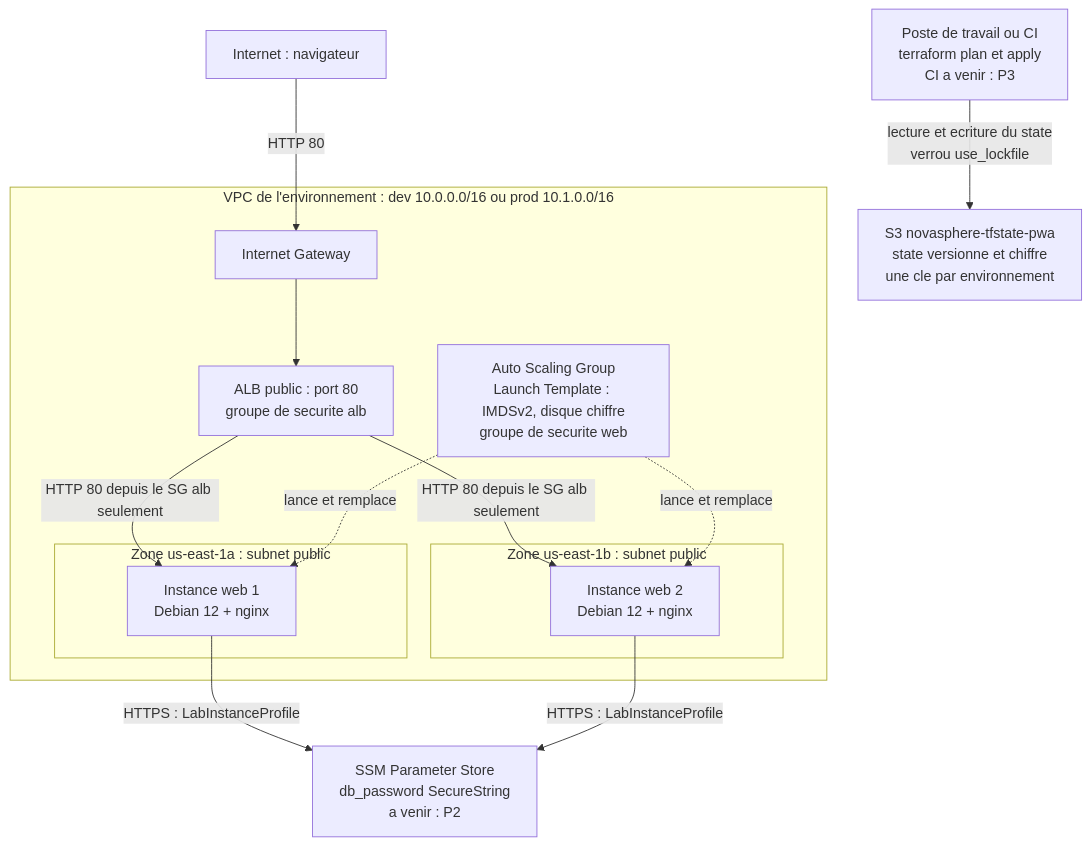
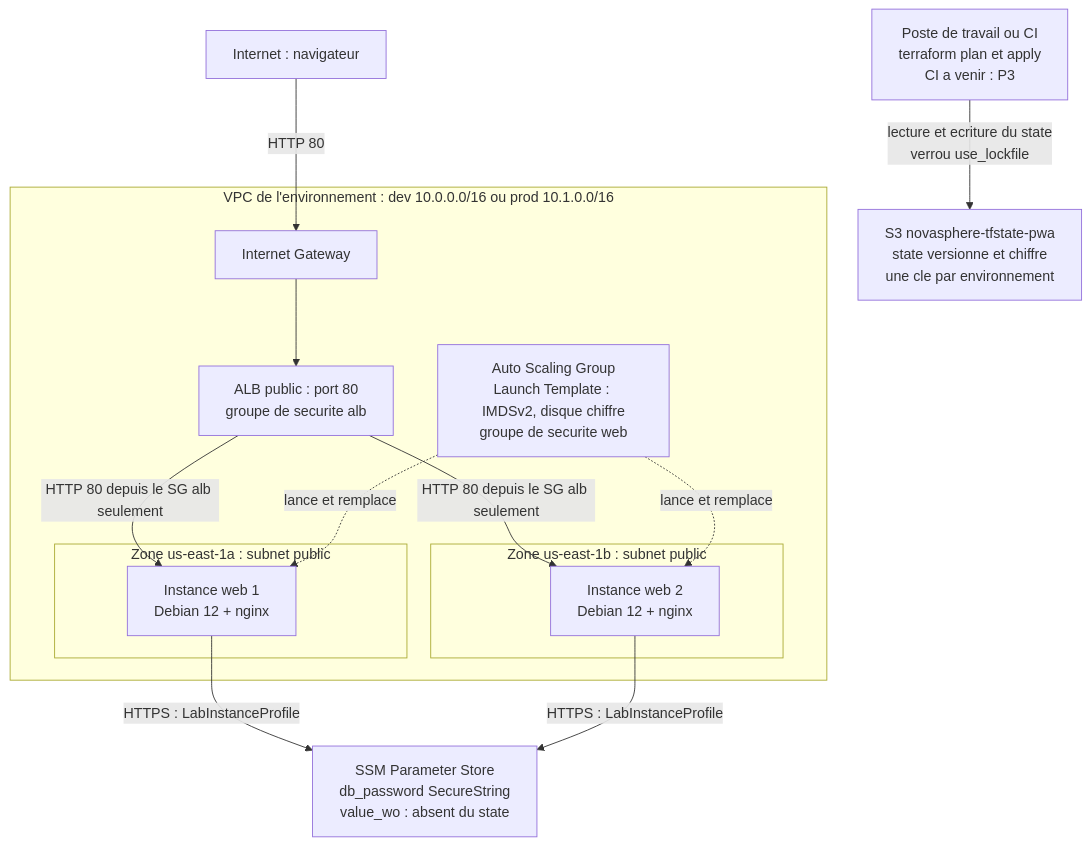
One commit to Pengchao020401/Terraform_projet_fil_rouge changed the diagram in ARCHITECTURE.md. Above: the diagram before and after it, drawn with Mermaid. The commit also changed other lines of this file and 16 other files, not shown here.

Commit message:
feat(securite): secret SSM value_wo, SECURITE.md, scans checkov et trivy, module v1.0.1

````diff
--- a/ARCHITECTURE.md
+++ b/ARCHITECTURE.md
@@ -23,33 +23,33 @@
 ```mermaid
 flowchart TB
     user["Internet : navigateur"]
 
     subgraph vpc["VPC de l'environnement : dev 10.0.0.0/16 ou prod 10.1.0.0/16"]
         igw["Internet Gateway"]
         alb["ALB public : port 80<br/>groupe de securite alb"]
 
         subgraph az1["Zone us-east-1a : subnet public"]
             ec2a["Instance web 1<br/>Debian 12 + nginx"]
         end
 
         subgraph az2["Zone us-east-1b : subnet public"]
             ec2b["Instance web 2<br/>Debian 12 + nginx"]
         end
 
         asg["Auto Scaling Group<br/>Launch Template : IMDSv2, disque chiffre<br/>groupe de securite web"]
     end
 
-    ssm["SSM Parameter Store<br/>db_password SecureString<br/>a venir : P2"]
+    ssm["SSM Parameter Store<br/>db_password SecureString<br/>value_wo : absent du state"]
     s3["S3 novasphere-tfstate-pwa<br/>state versionne et chiffre<br/>une cle par environnement"]
     dev["Poste de travail ou CI<br/>terraform plan et apply<br/>CI a venir : P3"]
 
     user -->|"HTTP 80"| igw
     igw --> alb
     alb -->|"HTTP 80 depuis le SG alb seulement"| ec2a
     alb -->|"HTTP 80 depuis le SG alb seulement"| ec2b
     asg -.->|"lance et remplace"| ec2a
     asg -.->|"lance et remplace"| ec2b
     ec2a -->|"HTTPS : LabInstanceProfile"| ssm
     ec2b -->|"HTTPS : LabInstanceProfile"| ssm
     dev -->|"lecture et ecriture du state<br/>verrou use_lockfile"| s3
 ```
````
